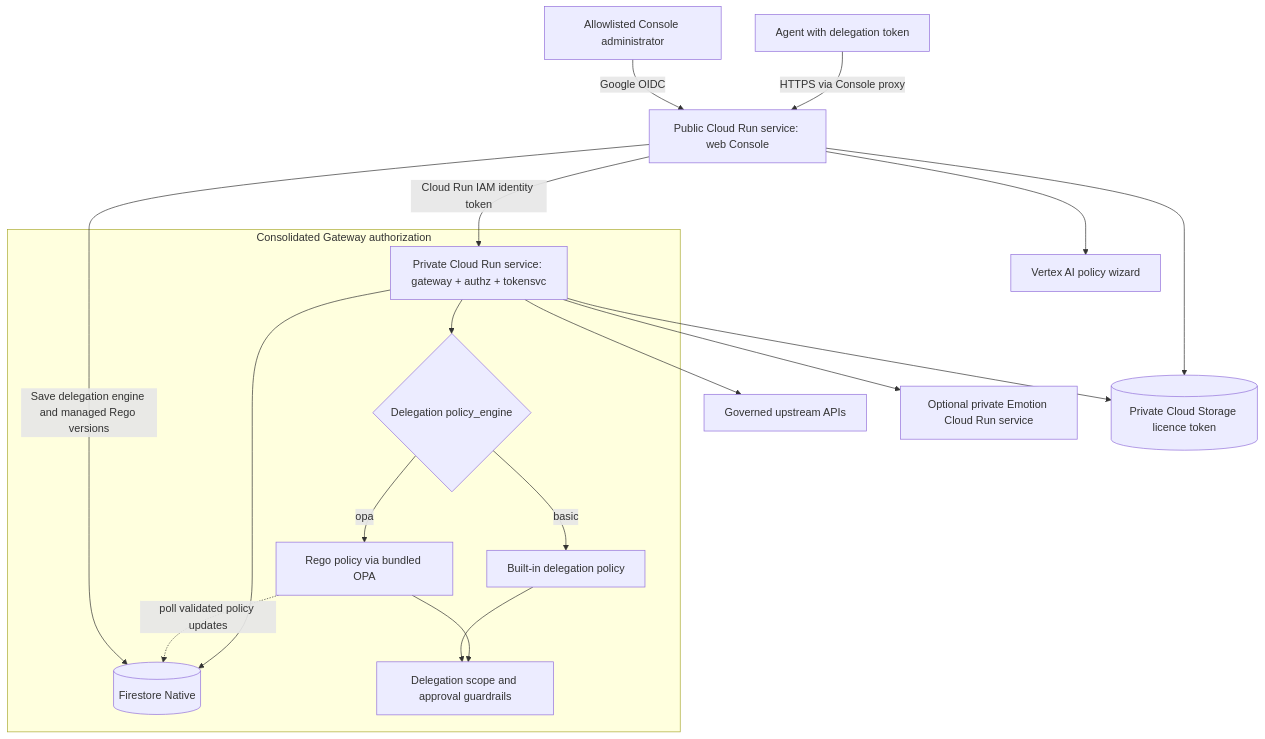
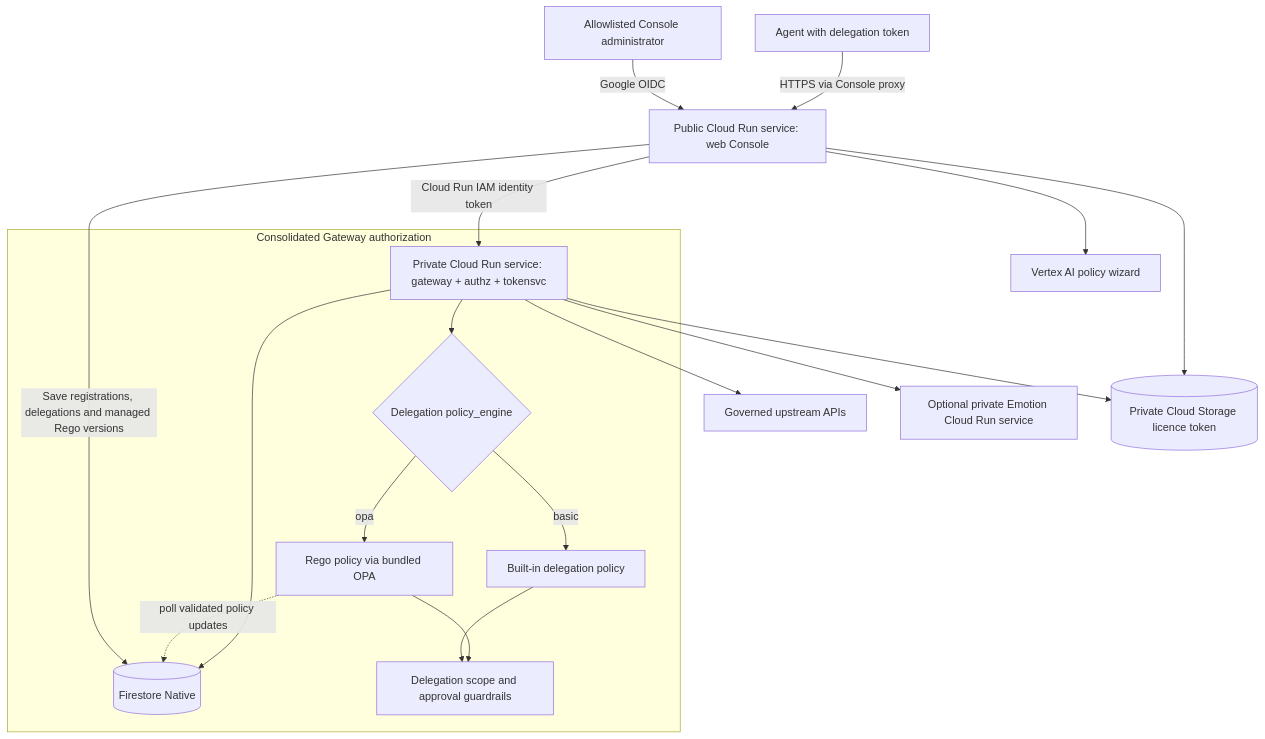
Before and after one commit to stevef1uk/agent-gateway-runtime: the diagram in docs/gcp/architecture.md, drawn with Mermaid. The commit also changed other lines of this file and 5 other files, not shown here.

````diff
--- a/docs/gcp/architecture.md
+++ b/docs/gcp/architecture.md
@@ -5,21 +5,21 @@
 ```mermaid
 flowchart TB
   Admin[Allowlisted Console administrator] -->|Google OIDC| Web[Public Cloud Run service: web Console]
   Agent[Agent with delegation token] -->|HTTPS via Console proxy| Web
-  Web -->|Save delegation engine and managed Rego versions| State[(Firestore Native)]
+  Web -->|Save registrations, delegations and managed Rego versions| State[(Firestore Native)]
   Web -->|Cloud Run IAM identity token| Gateway[Private Cloud Run service: gateway + authz + tokensvc]
   Web --> Vertex[Vertex AI policy wizard]
   subgraph GatewayPolicy[Consolidated Gateway authorization]
     Gateway --> Engine{Delegation policy_engine}
     Engine -->|basic| Basic[Built-in delegation policy]
     Engine -->|opa| OPA[Rego policy via bundled OPA]
     Basic --> Guardrails[Delegation scope and approval guardrails]
     OPA --> Guardrails
     OPA -. poll validated policy updates .-> State
   end
   Gateway --> State
   Gateway --> Public[Governed upstream APIs]
   Gateway --> Emotion[Optional private Emotion Cloud Run service]
   Web --> Licence[(Private Cloud Storage licence token)]
   Gateway --> Licence
 ```
````
